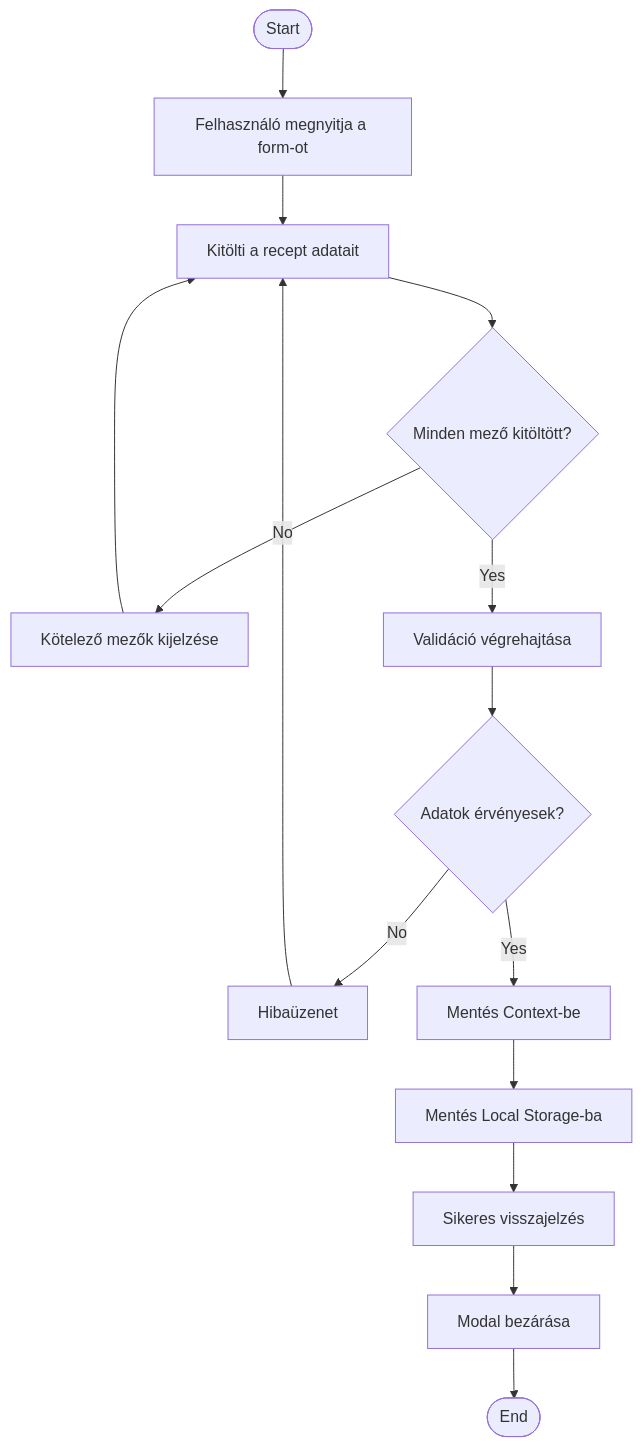
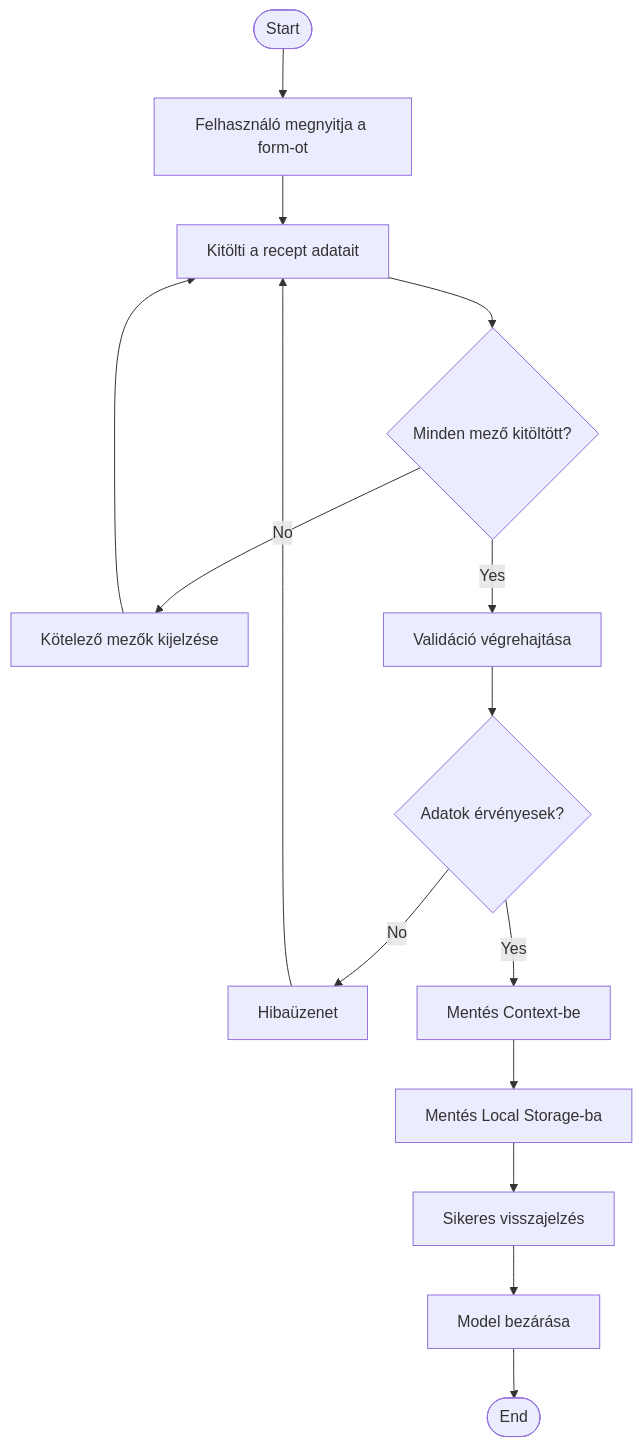
Before and after one commit to jajecnikmarci/kliensoldali-NHF: the seventh of 15 diagrams in README.md, drawn with Mermaid. The commit also changed other lines of this file, not shown here.

````diff
--- a/README.md
+++ b/README.md
@@ -327,21 +329,21 @@
 ```mermaid
 flowchart TD
     Start([Start]) --> OpenForm[Felhasználó megnyitja a form-ot]
     OpenForm --> FillData[Kitölti a recept adatait]
     
     FillData --> CheckFilled{Minden mező kitöltött?}
     CheckFilled -->|No| ShowRequired[Kötelező mezők kijelzése]
     ShowRequired --> FillData
     
     CheckFilled -->|Yes| Validate[Validáció végrehajtása]
     Validate --> CheckValid{Adatok érvényesek?}
     
     CheckValid -->|No| ShowErrors[Hibaüzenet]
     ShowErrors --> FillData
     
     CheckValid -->|Yes| SaveContext[Mentés Context-be]
     SaveContext --> SaveStorage[Mentés Local Storage-ba]
     SaveStorage --> ShowSuccess[Sikeres visszajelzés]
-    ShowSuccess --> CloseModal[Modal bezárása]
-    CloseModal --> End([End])
+    ShowSuccess --> CloseModel[Model bezárása]
+    CloseModel --> End([End])
 ```
````
